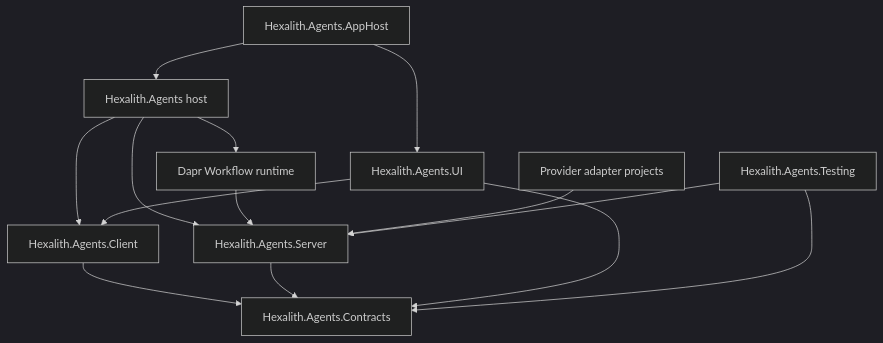
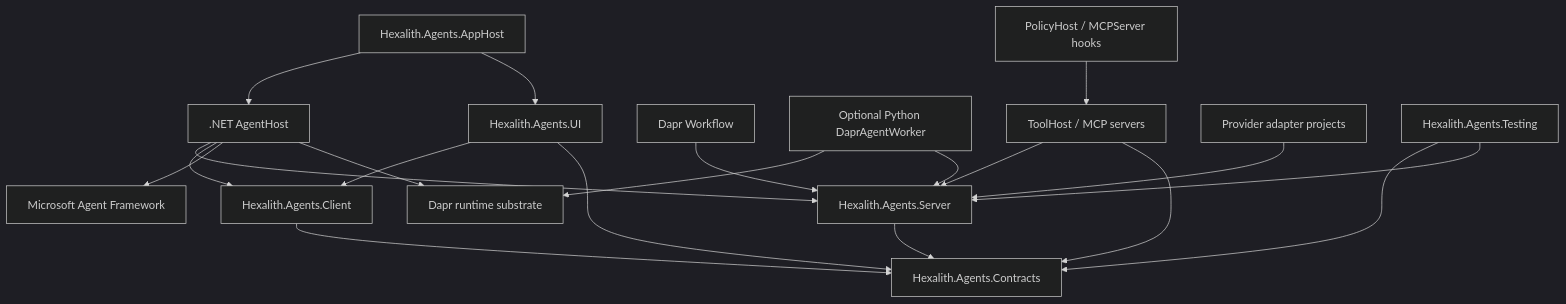
Before and after one commit to Hexalith/Hexalith.Agents: the second of 4 diagrams in _bmad-output/planning-artifacts/architecture/architecture-agents-2026-06-23-2/ARCHITECTURE-SPINE.md, drawn with Mermaid (dark theme). The commit also changed other lines of this file and 6 other files, not shown here.

````diff
--- a/_bmad-output/planning-artifacts/architecture/architecture-agents-2026-06-23-2/ARCHITECTURE-SPINE.md
+++ b/_bmad-output/planning-artifacts/architecture/architecture-agents-2026-06-23-2/ARCHITECTURE-SPINE.md
@@ -170,26 +185,37 @@
 ```mermaid
 flowchart TB
   Contracts[Hexalith.Agents.Contracts]
   Client[Hexalith.Agents.Client]
   Server[Hexalith.Agents.Server]
-  Host[Hexalith.Agents host]
+  Host[.NET AgentHost]
   UI[Hexalith.Agents.UI]
-  Workflow[Dapr Workflow runtime]
+  AgentFramework[Microsoft Agent Framework]
+  DaprRuntime[Dapr runtime substrate]
+  DaprWorkflow[Dapr Workflow]
+  DaprAgentWorker[Optional Python DaprAgentWorker]
+  ToolHost[ToolHost / MCP servers]
+  PolicyHost[PolicyHost / MCPServer hooks]
   ProviderAdapters[Provider adapter projects]
   Testing[Hexalith.Agents.Testing]
   AppHost[Hexalith.Agents.AppHost]
 
   Client --> Contracts
   Server --> Contracts
   Host --> Server
   Host --> Client
-  Host --> Workflow
-  Workflow --> Server
+  Host --> AgentFramework
+  Host --> DaprRuntime
+  DaprWorkflow --> Server
+  DaprAgentWorker --> DaprRuntime
+  DaprAgentWorker --> Server
+  ToolHost --> Server
+  ToolHost --> Contracts
+  PolicyHost --> ToolHost
   UI --> Client
   UI --> Contracts
   ProviderAdapters --> Server
   Testing --> Contracts
   Testing --> Server
   AppHost --> Host
   AppHost --> UI
 ```
````
